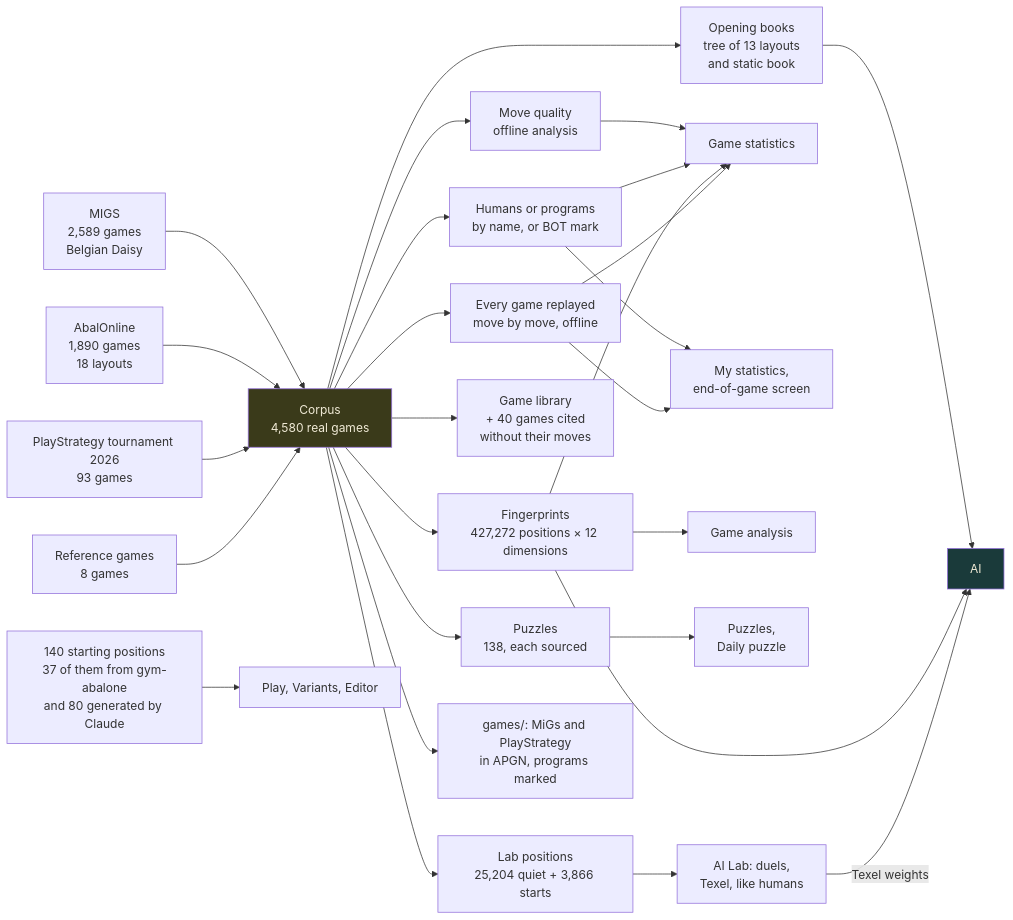
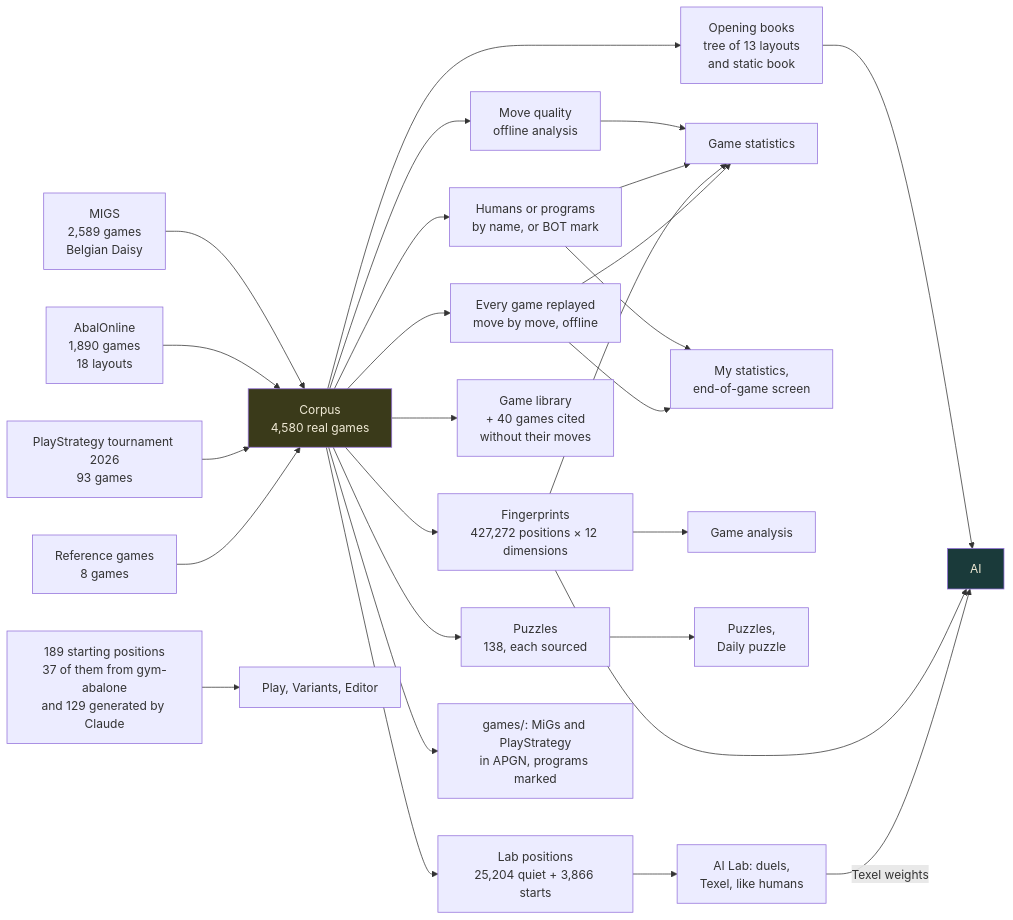
One commit to ocj94/Abalassembly changed the second of 3 diagrams in docs-en/Architecture.en.md. Above: the diagram before and after it, drawn with Mermaid. The commit also changed other lines of this file and 17 other files, not shown here.

````diff
--- a/docs-en/Architecture.en.md
+++ b/docs-en/Architecture.en.md
@@ -61,34 +61,34 @@
 ```mermaid
 flowchart LR
     S1[MIGS<br/>2,589 games<br/>Belgian Daisy] --> C[Corpus<br/>4,580 real games]
     S2[AbalOnline<br/>1,890 games<br/>18 layouts] --> C
     S3[PlayStrategy tournament 2026<br/>93 games] --> C
     S4[Reference games<br/>8 games] --> C
 
     C --> O[Opening books<br/>tree of 13 layouts<br/>and static book]
     C --> E[Fingerprints<br/>427,272 positions × 12 dimensions]
     C --> R[Every game replayed<br/>move by move, offline]
     C --> P[Puzzles<br/>138, each sourced]
     C --> LP[Lab positions<br/>25,204 quiet + 3,866 starts]
     C --> L[Game library<br/>+ 40 games cited<br/>without their moves]
     C --> Q[Move quality<br/>offline analysis]
     C --> HP[Humans or programs<br/>by name, or BOT mark]
     C --> AP[games/: MiGs and PlayStrategy<br/>in APGN, programs marked]
-    D[140 starting positions<br/>37 of them from gym-abalone<br/>and 80 generated by Claude] --> V[Play, Variants, Editor]
+    D[189 starting positions<br/>37 of them from gym-abalone<br/>and 129 generated by Claude] --> V[Play, Variants, Editor]
     Q --> ST
     HP --> ST
     HP --> MS
 
     O --> AI[AI]
     E --> AI
     E --> AN[Game analysis]
     E --> ST[Game statistics]
     R --> ST
     R --> MS[My statistics,<br/>end-of-game screen]
     P --> PB[Puzzles,<br/>Daily puzzle]
     LP --> LAB[AI Lab: duels,<br/>Texel, like humans]
     LAB -->|Texel weights| AI
 
     style C fill:#3a3a1a,color:#f0ead6
     style AI fill:#1a3a3a,color:#f0ead6
 ```
````
